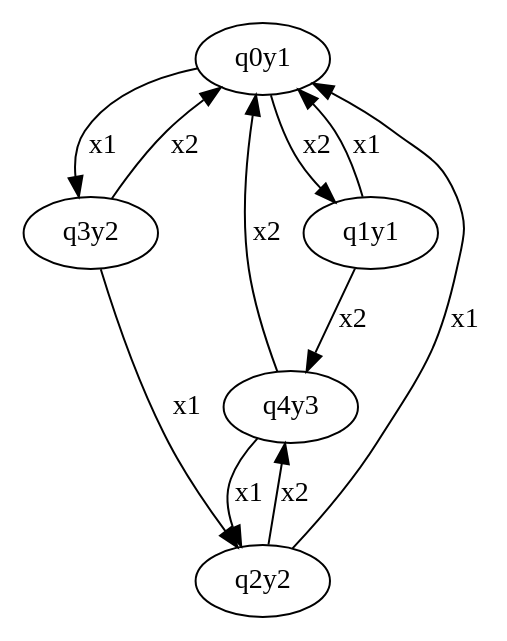
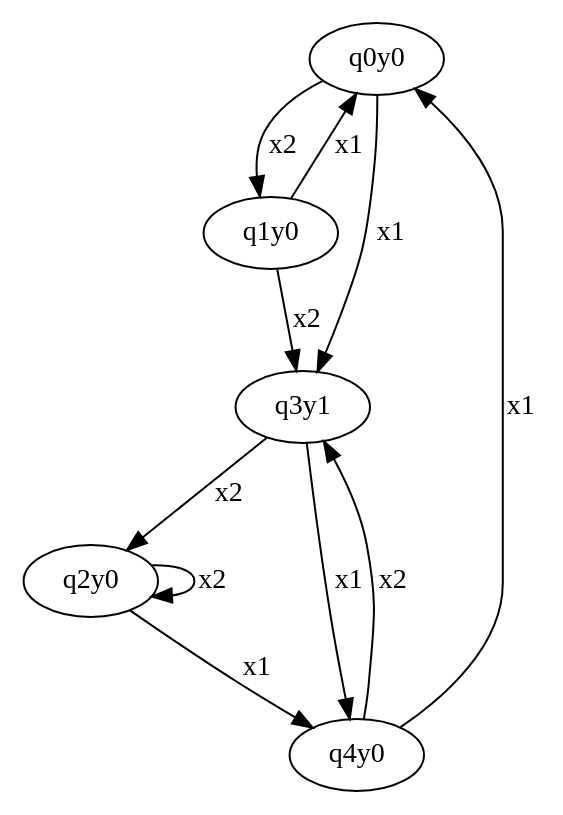
One commit to StepanovVladimir/machines_and_formal_languages changed the diagram in ConvertMachines/ConvertMachines/graph.dot. Above: the diagram before and after it, drawn with Graphviz. The commit also changed 19 other files, not shown here.

```diff
--- a/ConvertMachines/ConvertMachines/graph.dot
+++ b/ConvertMachines/ConvertMachines/graph.dot
@@ -1,17 +1,17 @@
 digraph G {
-0 [label=q0y1];
-1 [label=q1y1];
-2 [label=q2y2];
-3 [label=q3y2];
-4 [label=q4y3];
+0 [label=q0y0];
+1 [label=q1y0];
+2 [label=q2y0];
+3 [label=q3y1];
+4 [label=q4y0];
 0->3  [label=x1];
 0->1  [label=x2];
 1->0  [label=x1];
-1->4  [label=x2];
-2->0  [label=x1];
-2->4  [label=x2];
-3->2  [label=x1];
-3->0  [label=x2];
-4->2  [label=x1];
-4->0  [label=x2];
+1->3  [label=x2];
+2->4  [label=x1];
+2->2  [label=x2];
+3->4  [label=x1];
+3->2  [label=x2];
+4->0  [label=x1];
+4->3  [label=x2];
 }
```
